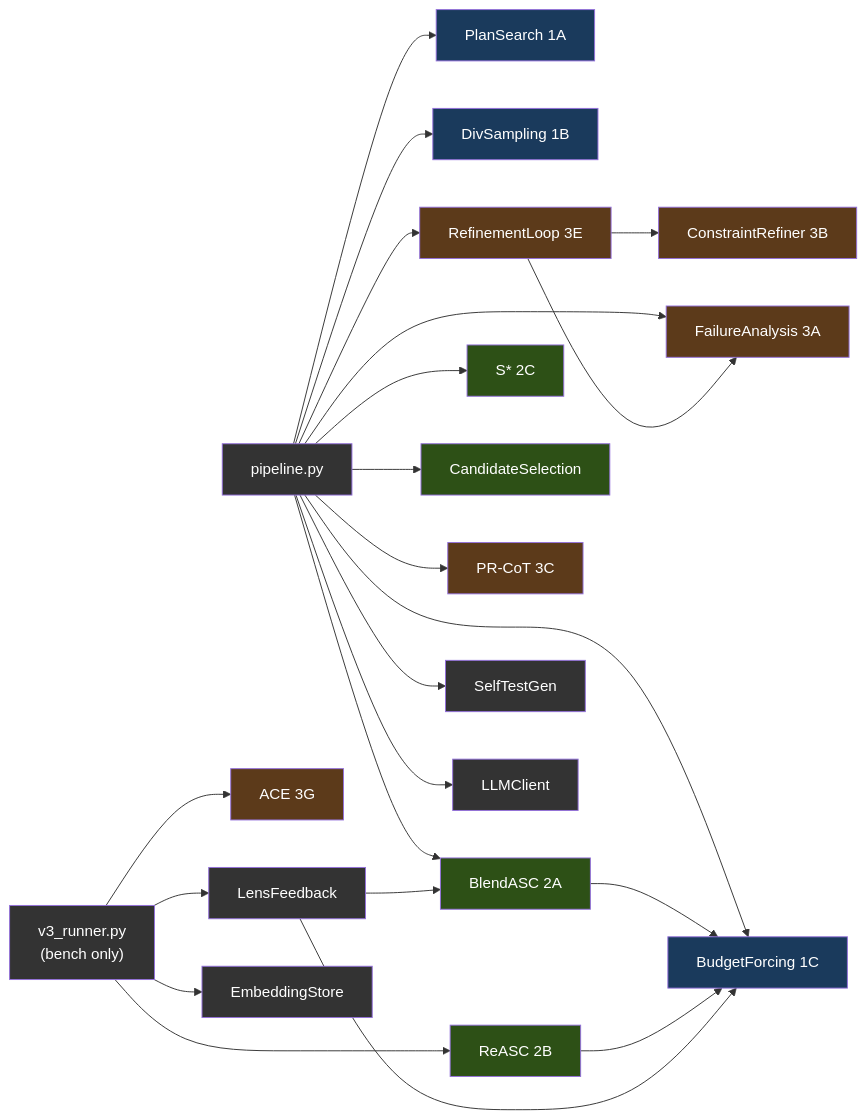
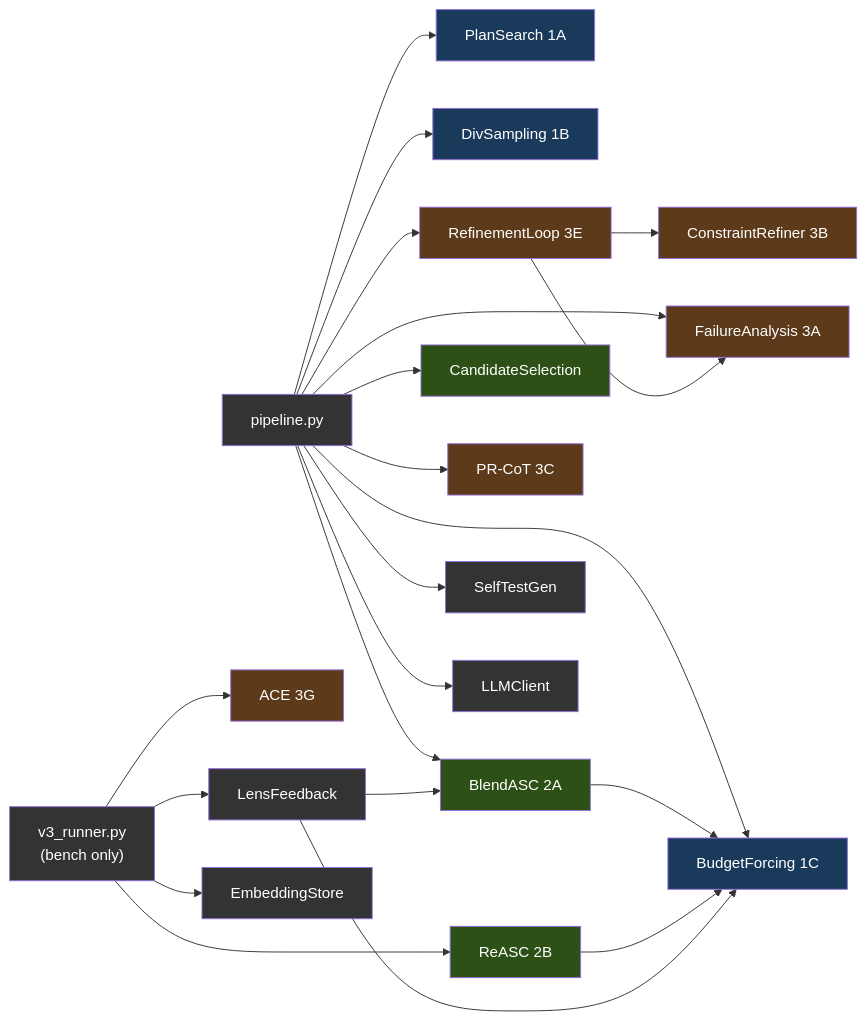
One commit to itigges22/ATLAS changed the fourth of 11 diagrams in docs/ARCHITECTURE.md. Above: the diagram before and after it, drawn with Mermaid. The commit also changed other lines of this file and 16 other files, not shown here.

````diff
--- a/docs/ARCHITECTURE.md
+++ b/docs/ARCHITECTURE.md
@@ -352,44 +349,42 @@
 ```mermaid
 graph LR
     Main["pipeline.py"] --> PS["PlanSearch 1A"]
     Main --> DS["DivSampling 1B"]
     Main --> BF["BudgetForcing 1C"]
     Main --> BASC["BlendASC 2A"]
     Bench["v3_runner.py\n(bench only)"] --> REASC["ReASC 2B"]
-    Main --> SSTAR["S* 2C"]
     Main --> CS["CandidateSelection"]
     Main --> FA["FailureAnalysis 3A"]
     Main --> PRCOT["PR-CoT 3C"]
     Main --> RL["RefinementLoop 3E"]
     Bench --> ACE["ACE 3G"]
     Main --> STG["SelfTestGen"]
     Main --> LLM["LLMClient"]
     Bench --> LF["LensFeedback"]
     Bench --> ES["EmbeddingStore"]
 
     RL --> FA
     RL --> CR["ConstraintRefiner 3B"]
     BASC --> BF
     REASC --> BF
     LF --> BASC
     LF --> BF
 
     style Main fill:#333,color:#fff
     style Bench fill:#333,color:#fff
     style PS fill:#1a3a5c,color:#fff
     style DS fill:#1a3a5c,color:#fff
     style BF fill:#1a3a5c,color:#fff
     style BASC fill:#2d5016,color:#fff
     style REASC fill:#2d5016,color:#fff
-    style SSTAR fill:#2d5016,color:#fff
     style CS fill:#2d5016,color:#fff
     style FA fill:#5c3a1a,color:#fff
     style CR fill:#5c3a1a,color:#fff
     style PRCOT fill:#5c3a1a,color:#fff
     style RL fill:#5c3a1a,color:#fff
     style ACE fill:#5c3a1a,color:#fff
     style STG fill:#333,color:#fff
     style LLM fill:#333,color:#fff
     style LF fill:#333,color:#fff
     style ES fill:#333,color:#fff
 ```
````
